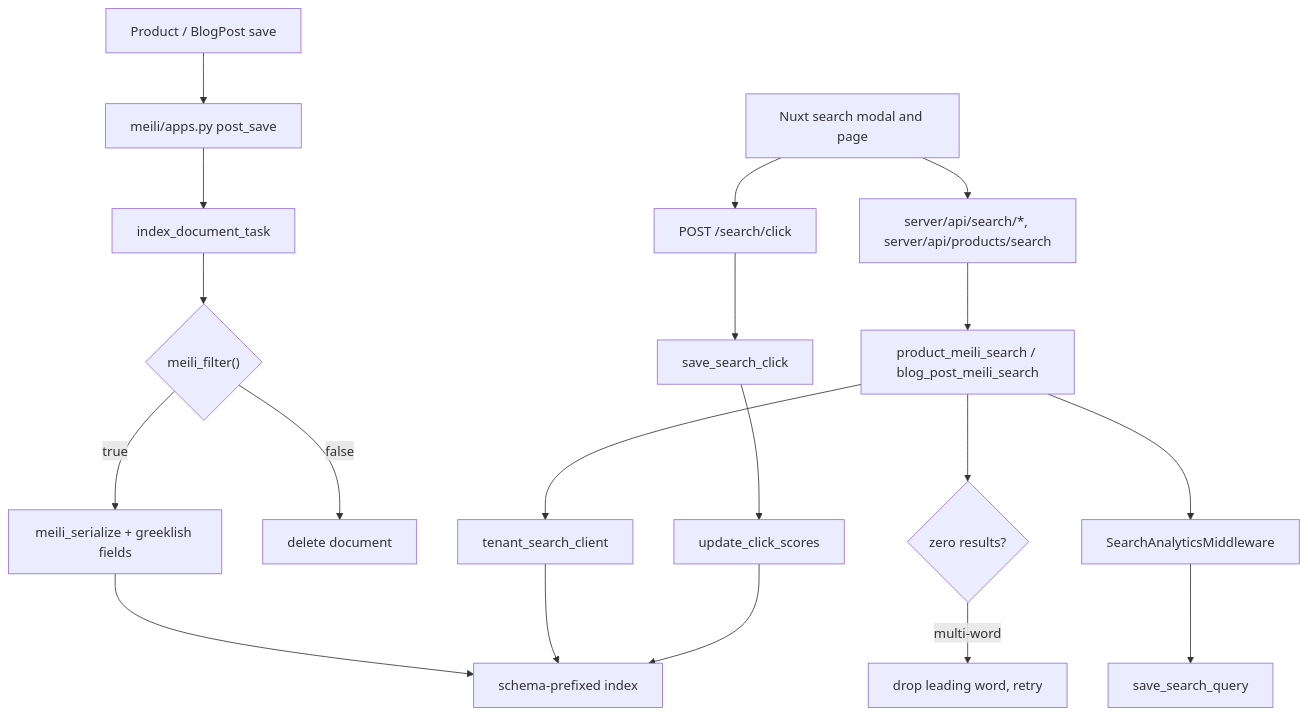
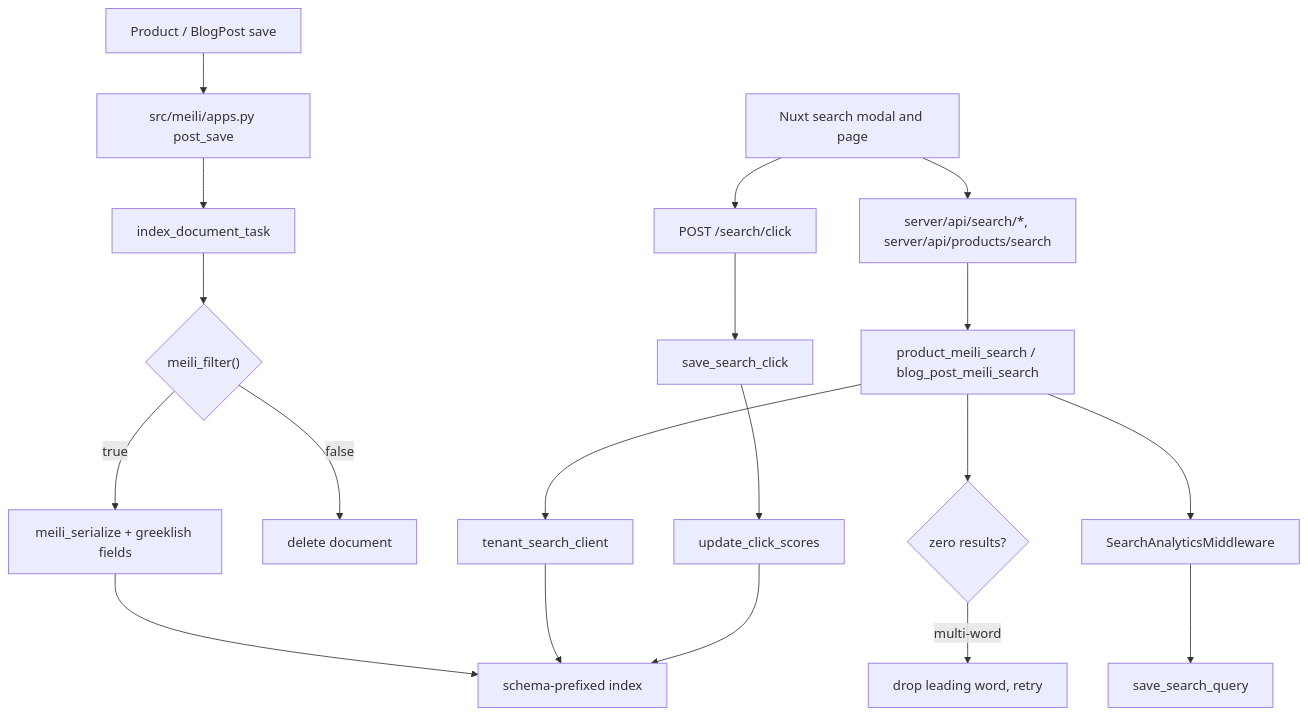
One commit to vasilistotskas/grooveshop-docs changed the diagram in src/dev/flows/search.md. Above: the diagram before and after it, drawn with Mermaid. The commit also changed other lines of this file and 54 other files, not shown here.

````diff
--- a/src/dev/flows/search.md
+++ b/src/dev/flows/search.md
@@ -21,22 +21,22 @@
 ```mermaid
 flowchart TD
-  Save["Product / BlogPost save"] --> Sig["meili/apps.py post_save"]
+  Save["Product / BlogPost save"] --> Sig["src/meili/apps.py post_save"]
   Sig --> Task["index_document_task"]
   Task --> Filt{"meili_filter()"}
   Filt -- "true" --> Ser["meili_serialize + greeklish fields"]
   Filt -- "false" --> Del["delete document"]
   Ser --> Idx["schema-prefixed index"]
 
   UI["Nuxt search modal and page"] --> NR["server/api/search/*, server/api/products/search"]
   NR --> DV["product_meili_search / blog_post_meili_search"]
   DV --> Scoped["tenant_search_client"]
   Scoped --> Idx
   DV --> Retry{"zero results?"}
   Retry -- "multi-word" --> Relax["drop leading word, retry"]
   DV --> MW["SearchAnalyticsMiddleware"]
   MW --> Q["save_search_query"]
   UI --> Click["POST /search/click"]
   Click --> C["save_search_click"]
   C --> Score["update_click_scores"]
   Score --> Idx
 ```
````
